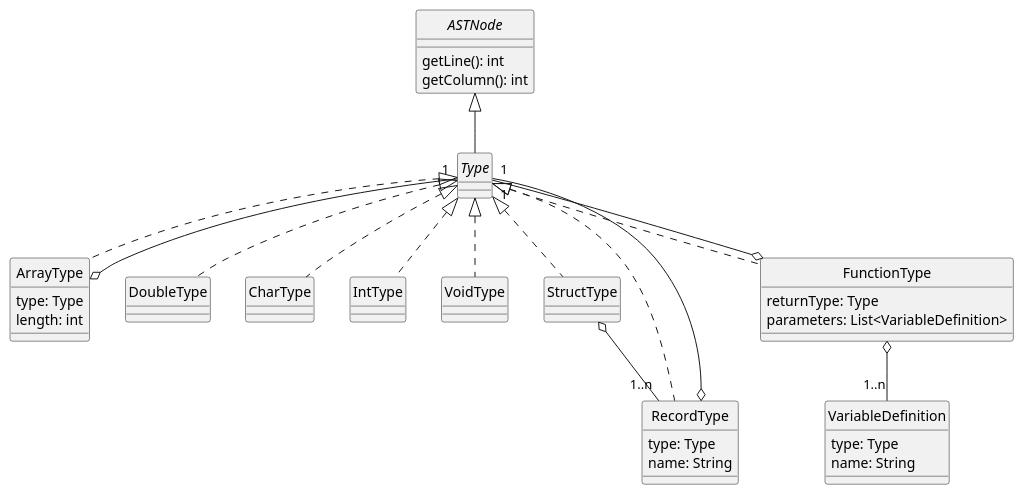
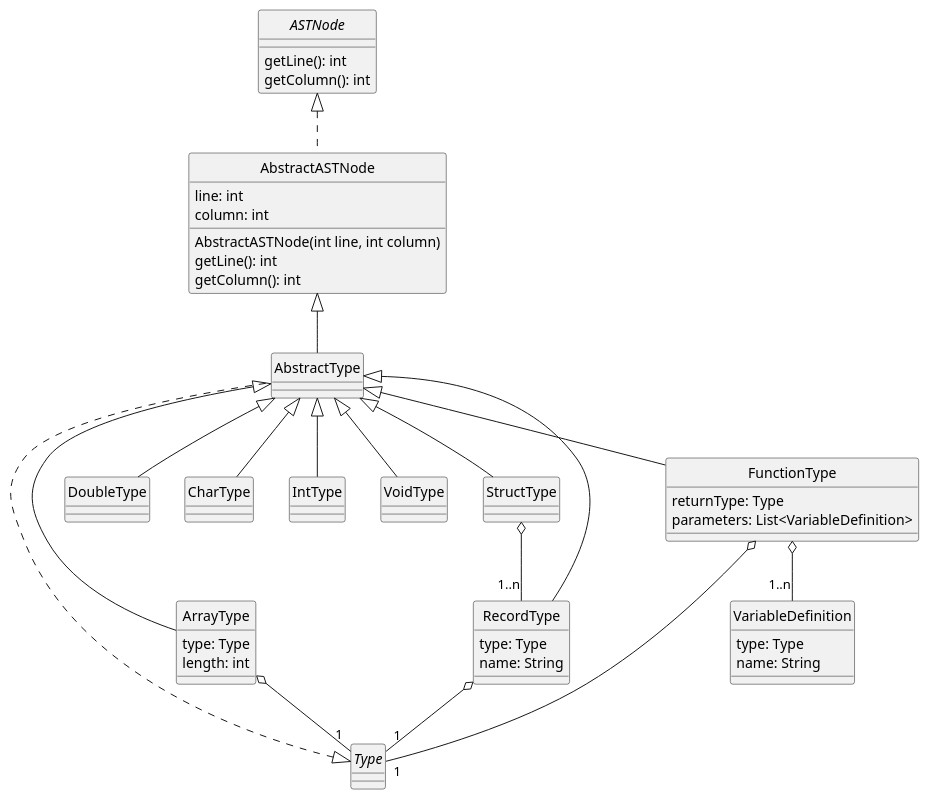
Before and after one commit to Diecaal/Elixir-Compiler: the diagram in docs/diagrams/types.plantuml, drawn with PlantUML. The commit also changed 3 other files, not shown here.

Commit message:
Abstract Type/Statements fix

```diff
--- a/docs/diagrams/types.plantuml
+++ b/docs/diagrams/types.plantuml
@@ -1,69 +1,85 @@
 @startuml Types
 skinparam style strictuml
 skinparam monochrome true
 
 interface ASTNode {
     getLine(): int
     getColumn(): int
 }
 
+class AbstractASTNode {
+    AbstractASTNode(int line, int column)
+    getLine(): int
+    getColumn(): int
+    line: int
+    column: int
+}
+
 interface Type
+
+class AbstractType {
+
+}
 
 class ArrayType {
     type: Type
     length: int
 }
 
 class DoubleType {
 
 }
 
 class CharType {
 
 }
 
 class IntType {
 
 }
 
 class VoidType {
 
 }
 
 class StructType {
 
 }
 
 class RecordType {
     type: Type
     name: String
 }
 
 class FunctionType {
     returnType: Type
     parameters: List<VariableDefinition>
 }
 
 class VariableDefinition {
     type: Type
     name: String
 }
 
-ASTNode <|-- Type
+ASTNode <|.. AbstractASTNode
 
-Type <|.. ArrayType
-Type <|.. DoubleType
-Type <|.. CharType
-Type <|.. IntType
-Type <|.. VoidType
-Type <|.. StructType
-Type <|.. RecordType
-Type <|.. FunctionType
+AbstractASTNode <|-- AbstractType
+
+Type <|.. AbstractType
+
+AbstractType <|-- ArrayType
+AbstractType <|-- DoubleType
+AbstractType <|-- CharType
+AbstractType <|-- IntType
+AbstractType <|-- VoidType
+AbstractType <|-- StructType
+AbstractType <|-- RecordType
+AbstractType <|-- FunctionType
 
 ArrayType o-- "1" Type
 RecordType o-- "1" Type
 FunctionType o-- "1" Type
 
 StructType o-- "1..n" RecordType
 FunctionType o-- "1..n" VariableDefinition
 @enduml
```
